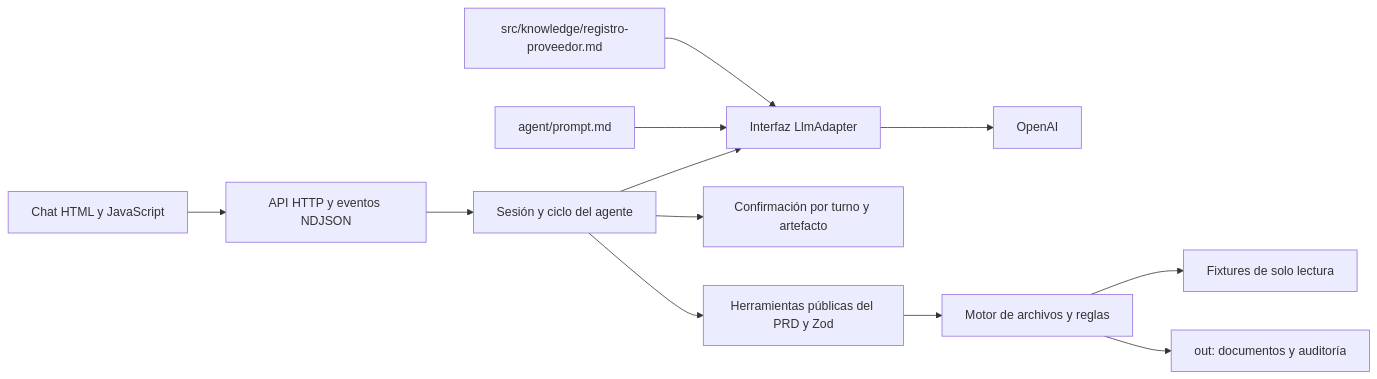
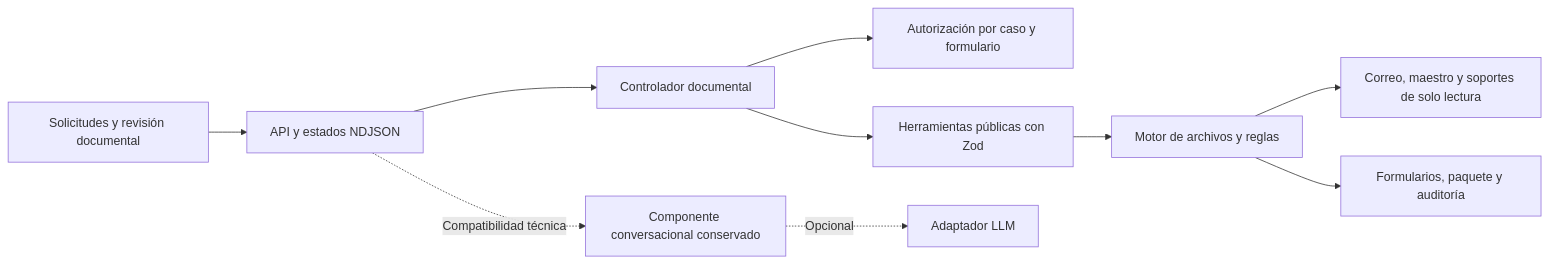
One commit to elianatorres5772/Reto changed the diagram in SOLUCION.md. Above: the diagram before and after it, drawn with Mermaid. The commit also changed other lines of this file and 30 other files, not shown here.

Commit message:
Sustituir chat por flujo documental de solicitudes formularios y paquete para firma

````diff
--- a/SOLUCION.md
+++ b/SOLUCION.md
@@ -11,14 +11,12 @@
 ```mermaid
 flowchart LR
-    Chat[Chat HTML y JavaScript] --> HTTP[API HTTP y eventos NDJSON]
-    HTTP --> Agent[Sesión y ciclo del agente]
-    Agent --> Adapter[Interfaz LlmAdapter]
-    Adapter --> OpenAI[OpenAI]
-    Agent --> Gate[Confirmación por turno y artefacto]
-    Agent --> Facade[Herramientas públicas del PRD y Zod]
+    Panel[Solicitudes y revisión documental] --> HTTP[API y estados NDJSON]
+    HTTP --> Workflow[Controlador documental]
+    Workflow --> Gate[Autorización por caso y formulario]
+    Workflow --> Facade[Herramientas públicas con Zod]
     Facade --> Engine[Motor de archivos y reglas]
-    Engine --> Fixtures[Fixtures de solo lectura]
-    Engine --> Out[out: documentos y auditoría]
-    Prompt[agent/prompt.md] --> Adapter
-    Knowledge[src/knowledge/registro-proveedor.md] --> Adapter
+    Engine --> Fixtures[Correo, maestro y soportes de solo lectura]
+    Engine --> Out[Formularios, paquete y auditoría]
+    HTTP -. Compatibilidad técnica .-> Agent[Componente conversacional conservado]
+    Agent -. Opcional .-> Adapter[Adaptador LLM]
 ```
````
